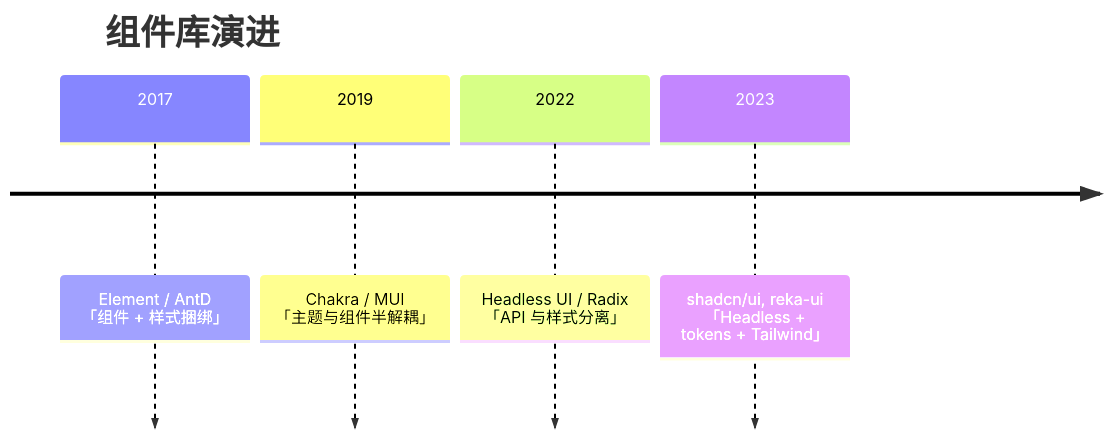
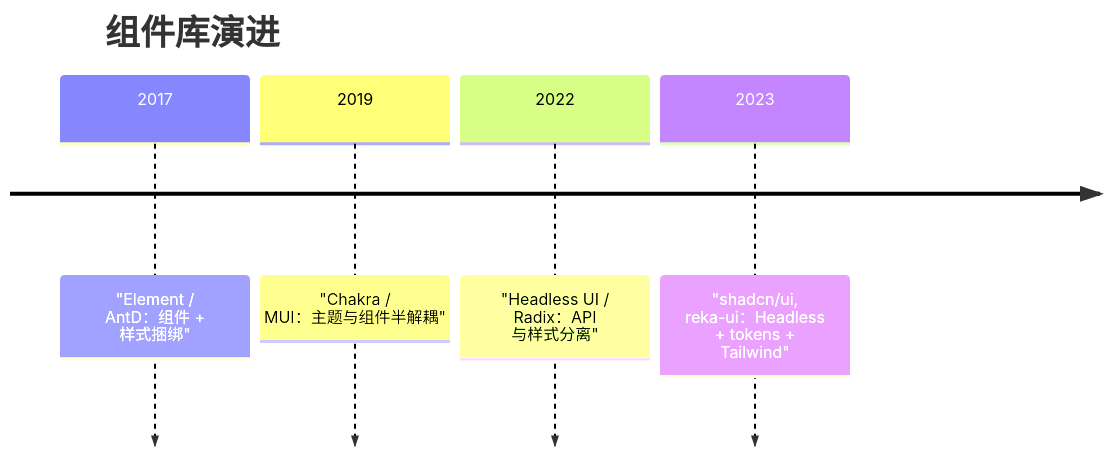
Before and after one commit to sonofmagic/weapp-tailwindcss: the second of 3 diagrams in website/docs/tailwindcss/history/index.mdx, drawn with Mermaid. The commit also changed other lines of this file and 5 other files, not shown here.

````diff
--- a/website/docs/tailwindcss/history/index.mdx
+++ b/website/docs/tailwindcss/history/index.mdx
@@ -64,8 +66,8 @@
 ```mermaid
 timeline
   title 组件库演进
-  2017 : Element / AntD 「组件 + 样式捆绑」
-  2019 : Chakra / MUI 「主题与组件半解耦」
-  2022 : Headless UI / Radix 「API 与样式分离」
-  2023 : shadcn/ui, reka-ui 「Headless + tokens + Tailwind」
+  2017 : "Element / AntD：组件 + 样式捆绑"
+  2019 : "Chakra / MUI：主题与组件半解耦"
+  2022 : "Headless UI / Radix：API 与样式分离"
+  2023 : "shadcn/ui, reka-ui：Headless + tokens + Tailwind"
 ```
````
